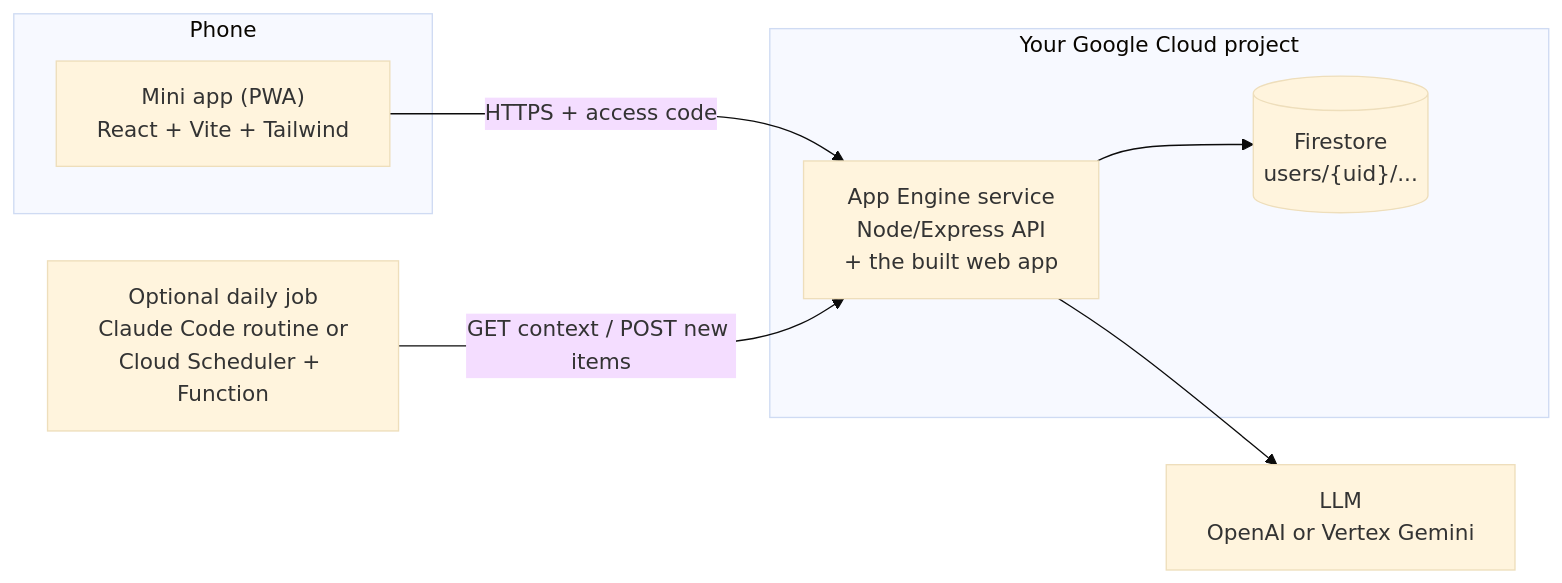
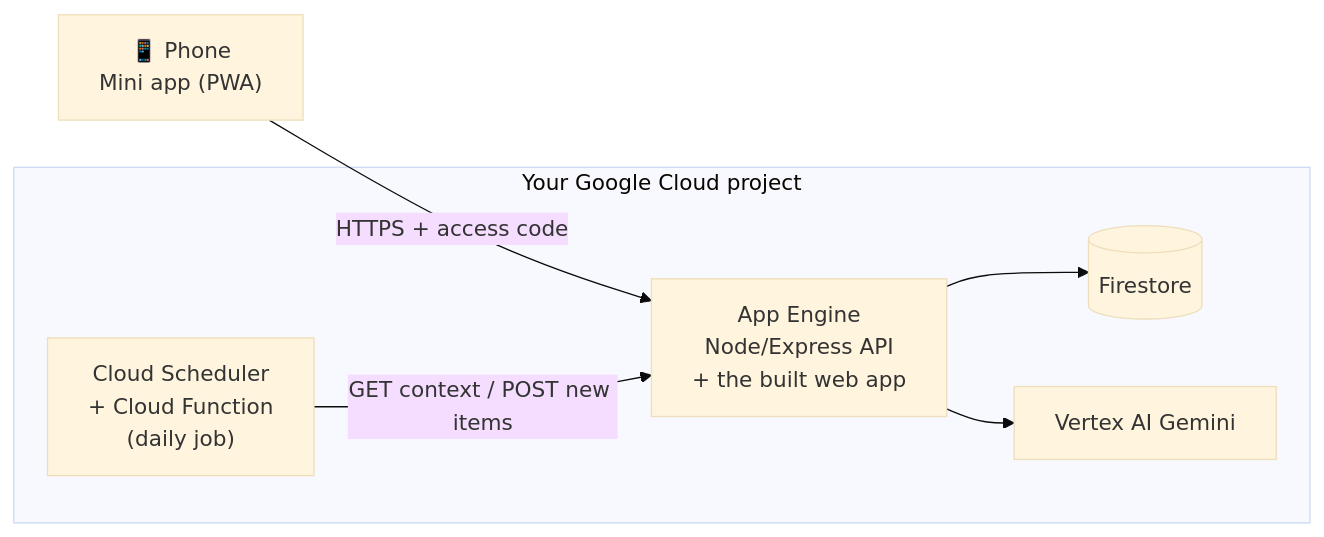
One commit to ThomasVrancken/mini-apps changed the diagram in README.md. Above: the diagram before and after it, drawn with Mermaid (base theme). The commit also changed other lines of this file, not shown here.

First line of the commit message:
Shorten README: neutral examples, one GCP diagram, compact getting-started

````diff
--- a/README.md
+++ b/README.md
@@ -64,17 +60,16 @@
 ```mermaid
 flowchart LR
-  subgraph Phone
-    PWA["Mini app (PWA)<br/>React + Vite + Tailwind"]
+  PHONE["📱 Phone<br/>Mini app (PWA)"]
+
+  subgraph GCP["Your Google Cloud project"]
+    API["App Engine<br/>Node/Express API<br/>+ the built web app"]
+    DB[("Firestore")]
+    LLM["Vertex AI Gemini"]
+    JOB["Cloud Scheduler<br/>+ Cloud Function<br/>(daily job)"]
   end
-  subgraph GCP["Your Google Cloud project"]
-    API["App Engine service<br/>Node/Express API<br/>+ the built web app"]
-    DB[("Firestore<br/>users/{uid}/...")]
-  end
-  LLM["LLM<br/>OpenAI or Vertex Gemini"]
-  JOB["Optional daily job<br/>Claude Code routine or<br/>Cloud Scheduler + Function"]
 
-  PWA -- "HTTPS + access code" --> API
+  PHONE -- "HTTPS + access code" --> API
   API --> DB
   API --> LLM
   JOB -- "GET context / POST new items" --> API
 ```
````
